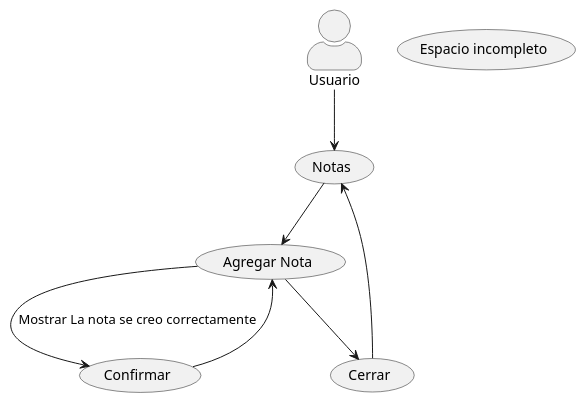
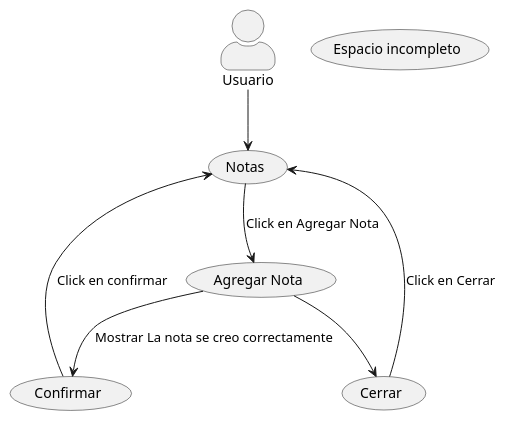
The diagram in Nota-2.puml (DDSlayer64/Casos-Uso), drawn with PlantUML before and after one commit. The commit also changed 6 other files, not shown here.

```diff
--- a/Nota-2.puml
+++ b/Nota-2.puml
@@ -1,20 +1,20 @@
 @startuml CasosDeUso
 skinparam actorStyle awesome
 
 :Usuario: as usuario 
-(Notas) as nota
+(Notas) as notas
 (Agregar Nota) as an
 (Confirmar) as con
 (Cerrar) as cerr
 (Espacio incompleto) as ei
 
-nota --> an
-an --> con : Mostrar La nota se creo correctamente
-con --> an
+notas--> an :Click en Agregar Nota
+an --> con : Mostrar La nota se creo correctamente 
+con --> notas :Click en confirmar
 an --> cerr
-cerr --> nota
-usuario --> nota
+cerr --> notas :Click en Cerrar
+usuario --> notas
 
 
 
 @enduml
```
